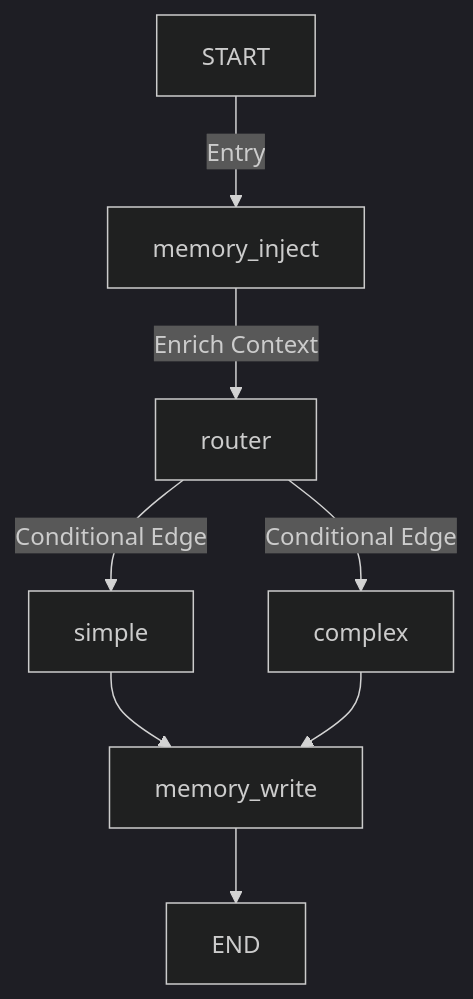
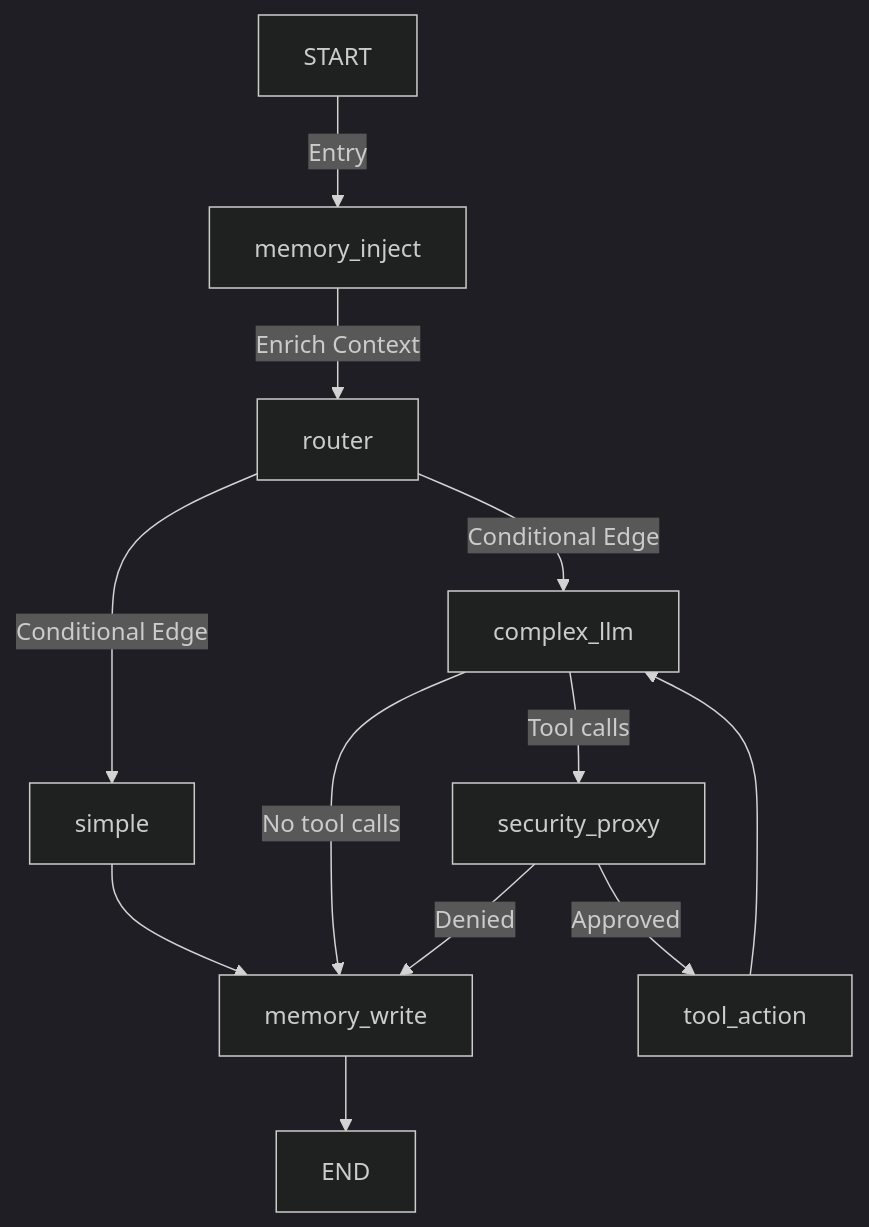
One commit to maThiaslI152/Owlynn changed the diagram in docs/ARCHITECTURE_OVERVIEW.md. Above: the diagram before and after it, drawn with Mermaid (dark theme). The commit also changed other lines of this file and 5 other files, not shown here.

First line of the commit message:
Update documentation to reflect changes in agent flow and tool integration

````diff
--- a/docs/ARCHITECTURE_OVERVIEW.md
+++ b/docs/ARCHITECTURE_OVERVIEW.md
@@ -11,10 +11,14 @@
 ```mermaid
 graph TD
     START -->|Entry| MI[memory_inject]
     MI -->|Enrich Context| R[router]
     R -->|Conditional Edge| S[simple]
-    R -->|Conditional Edge| C[complex]
+    R -->|Conditional Edge| CL[complex_llm]
     S --> MW[memory_write]
-    C --> MW
+    CL -->|No tool calls| MW
+    CL -->|Tool calls| SP[security_proxy]
+    SP -->|Approved| TA[tool_action]
+    SP -->|Denied| MW
+    TA --> CL
     MW --> END
 ```
````
